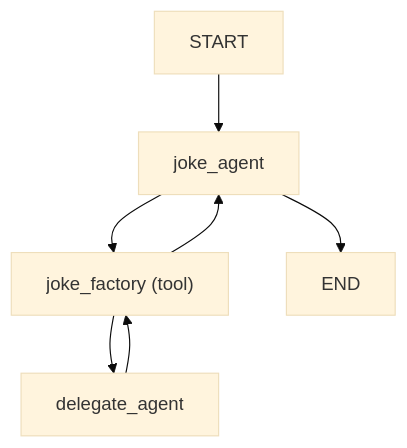
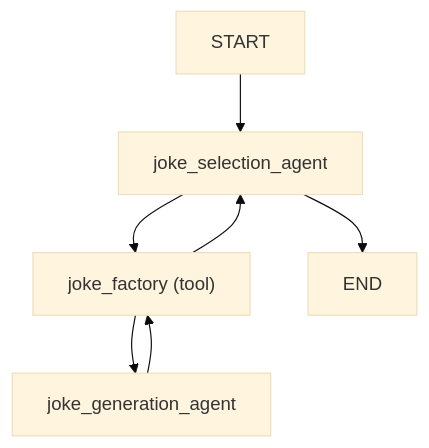
Before and after one commit to pydantic/pydantic-ai: the first of 3 diagrams in docs/multi-agent-applications.md, drawn with Mermaid (base theme). The commit also changed other lines of this file and 3 other files, not shown here.

````diff
--- a/docs/multi-agent-applications.md
+++ b/docs/multi-agent-applications.md
@@ -63,9 +72,9 @@
 ```mermaid
 graph TD
-  START --> joke_agent
-  joke_agent --> joke_factory["joke_factory (tool)"]
-  joke_factory --> delegate_agent
-  delegate_agent --> joke_factory
-  joke_factory --> joke_agent
-  joke_agent --> END
+  START --> joke_selection_agent
+  joke_selection_agent --> joke_factory["joke_factory (tool)"]
+  joke_factory --> joke_generation_agent
+  joke_generation_agent --> joke_factory
+  joke_factory --> joke_selection_agent
+  joke_selection_agent --> END
 ```
````
